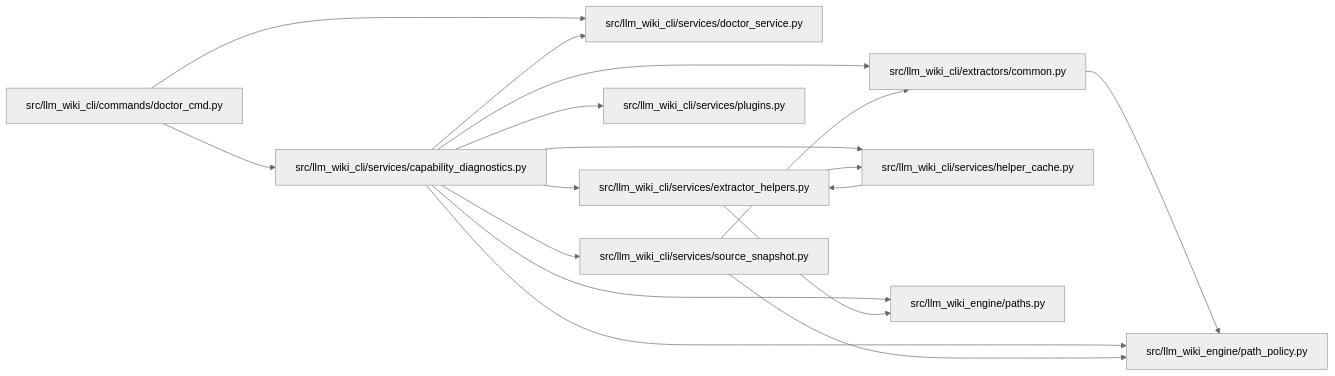
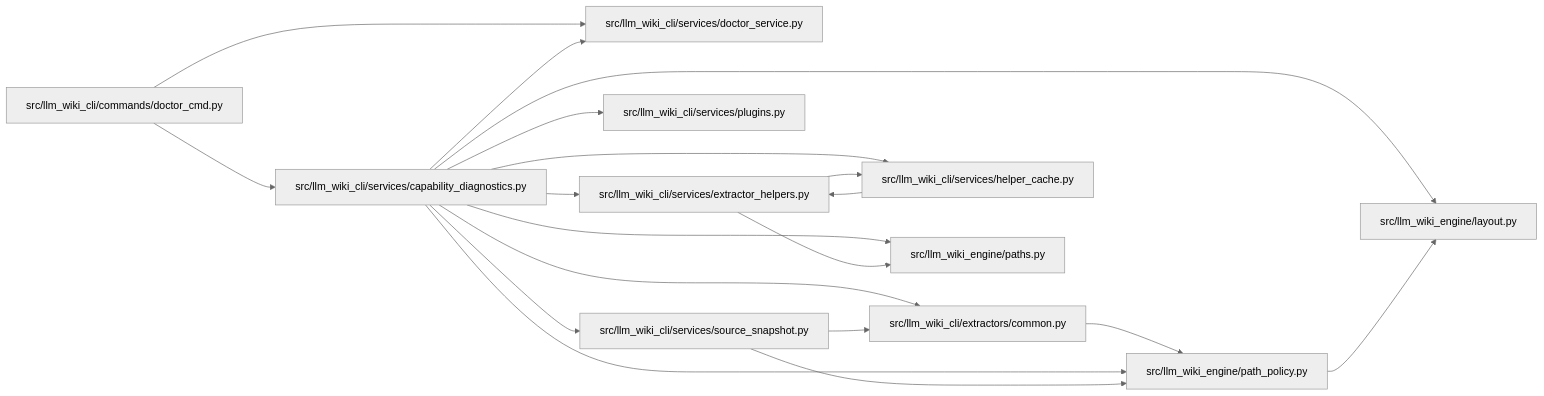
Before and after one commit to Denissvgn/python-wiki-llm: the diagram in docs/llm_wiki/modules/capability_diagnostics.md, drawn with Mermaid (neutral theme). The commit also changed other lines of this file and 869 other files, not shown here.

Commit message:
docs: refresh the wiki for the engine layout and producer opt-in

````diff
--- a/docs/llm_wiki/modules/capability_diagnostics.md
+++ b/docs/llm_wiki/modules/capability_diagnostics.md
@@ -40,39 +41,43 @@
 ```mermaid
 flowchart LR
     n0["src/llm_wiki_cli/commands/doctor_cmd.py"]
     n1["src/llm_wiki_cli/extractors/common.py"]
     n2["src/llm_wiki_cli/services/capability_diagnostics.py"]
     n3["src/llm_wiki_cli/services/doctor_service.py"]
     n4["src/llm_wiki_cli/services/extractor_helpers.py"]
     n5["src/llm_wiki_cli/services/helper_cache.py"]
     n6["src/llm_wiki_cli/services/plugins.py"]
     n7["src/llm_wiki_cli/services/source_snapshot.py"]
-    n8["src/llm_wiki_engine/path_policy.py"]
-    n9["src/llm_wiki_engine/paths.py"]
+    n8["src/llm_wiki_engine/layout.py"]
+    n9["src/llm_wiki_engine/path_policy.py"]
+    n10["src/llm_wiki_engine/paths.py"]
     n0 --> n2
     n0 --> n3
-    n1 --> n8
+    n1 --> n9
     n2 --> n1
     n2 --> n3
     n2 --> n4
     n2 --> n5
     n2 --> n6
     n2 --> n7
     n2 --> n8
     n2 --> n9
+    n2 --> n10
     n4 --> n5
-    n4 --> n9
+    n4 --> n10
     n5 --> n4
     n7 --> n1
-    n7 --> n8
+    n7 --> n9
+    n9 --> n8
     click n0 "../modules/doctor_cmd.md"
     click n1 "../modules/common.md"
     click n2 "../modules/capability_diagnostics.md"
     click n3 "../modules/doctor_service.md"
     click n4 "../modules/extractor_helpers.md"
     click n5 "../modules/helper_cache.md"
     click n6 "../modules/plugins.md"
     click n7 "../modules/source_snapshot.md"
-    click n8 "../modules/path_policy.md"
-    click n9 "../modules/paths.md"
+    click n8 "../modules/layout.md"
+    click n9 "../modules/path_policy.md"
+    click n10 "../modules/paths.md"
 ```
````
